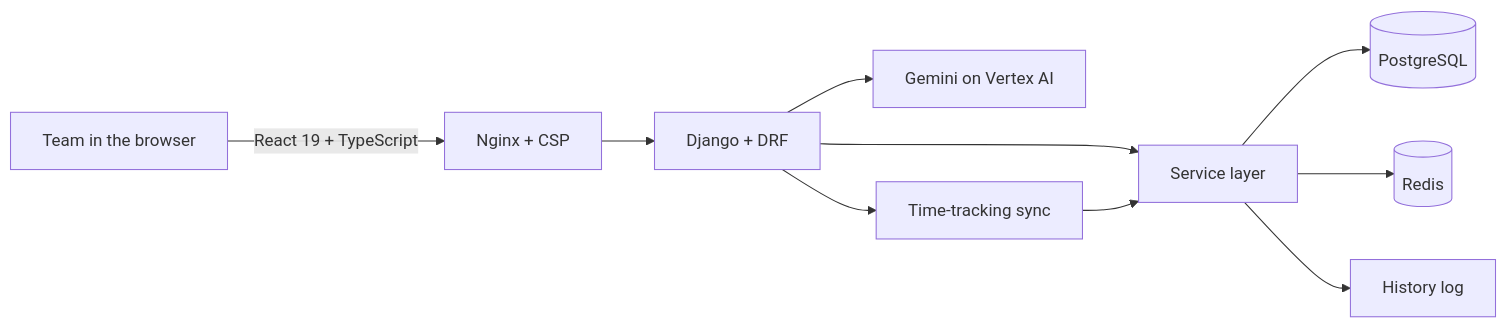
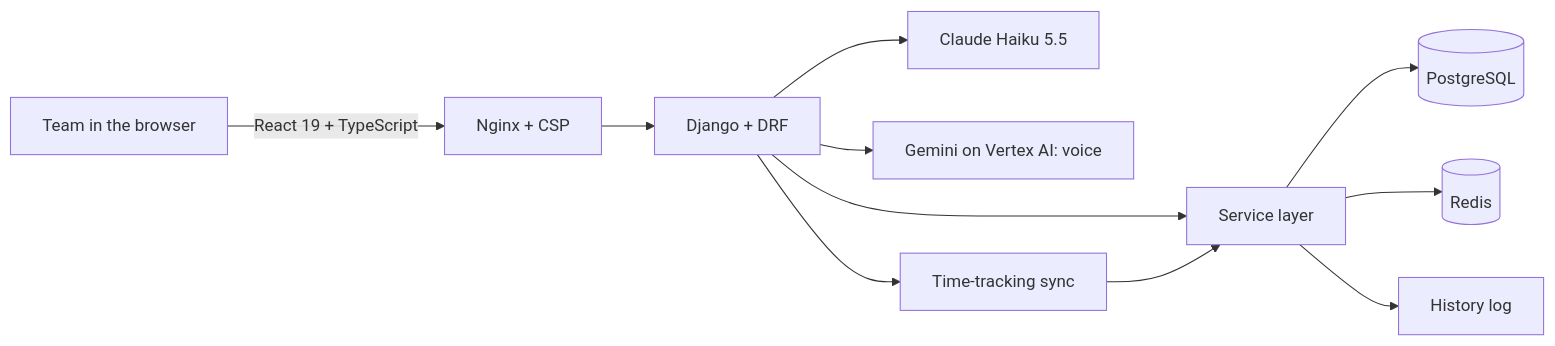
Before and after one commit to AbdelrhmanAiiob/AbdelrhmanAiiob: the diagram in README.md, drawn with Mermaid. The commit also changed other lines of this file, not shown here.

Commit message:
Update PlayerHub: Claude and Gemini, share and bonuses, new dashboard

````diff
--- a/README.md
+++ b/README.md
@@ -141,12 +142,13 @@
 ```mermaid
 flowchart LR
     U[Team in the browser] -->|React 19 + TypeScript| N[Nginx + CSP]
     N --> D[Django + DRF]
     D --> S[Service layer]
     S --> P[(PostgreSQL)]
     S --> R[(Redis)]
     S --> H[History log]
-    D --> G[Gemini on Vertex AI]
+    D --> C[Claude Haiku 5.5]
+    D --> G[Gemini on Vertex AI: voice]
     D --> T[Time-tracking sync]
     T --> S
 ```
````
